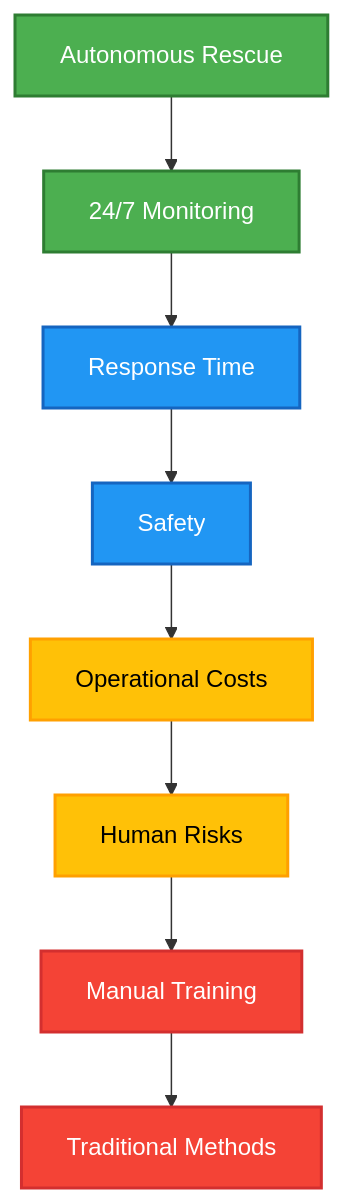
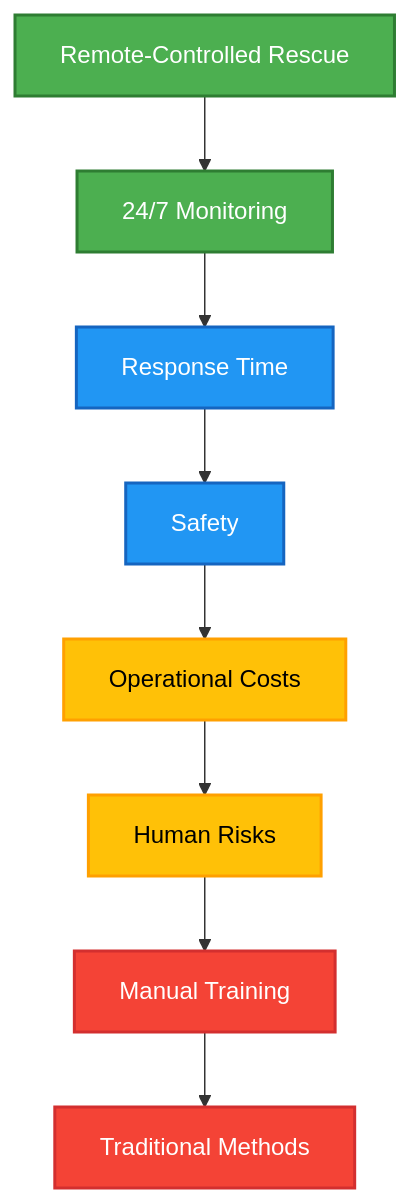
The first of 10 diagrams in Module_1_PR/Public_Report_Modulo2.md (Inteli-College/2025-1A-T02-G54-PUBLICO), drawn with Mermaid before and after one commit. The commit also changed other lines of this file, not shown here.

Commit message:
Enhance Public_Report_Modulo2.md with updated executive summary, improved documentation, and refined diagrams. Key changes include a focus on remote-controlled rescue features, expanded MVP documentation, and a clearer presentation of risk matrix and business model elements.

````diff
--- a/Module_1_PR/Public_Report_Modulo2.md
+++ b/Module_1_PR/Public_Report_Modulo2.md
@@ -20,25 +22,25 @@
 ```mermaid
 graph TD
     classDef create fill:#4CAF50,stroke:#2E7D32,stroke-width:2px,color:white;
     classDef increase fill:#2196F3,stroke:#1565C0,stroke-width:2px,color:white;
     classDef reduce fill:#FFC107,stroke:#FFA000,stroke-width:2px,color:black;
     classDef eliminate fill:#F44336,stroke:#D32F2F,stroke-width:2px,color:white;
     
-    C1[Autonomous Rescue]:::create
+    C1[Remote-Controlled Rescue]:::create
     C2[24/7 Monitoring]:::create
     I1[Response Time]:::increase
     I2[Safety]:::increase
     R1[Operational Costs]:::reduce
     R2[Human Risks]:::reduce
     E1[Manual Training]:::eliminate
     E2[Traditional Methods]:::eliminate
     
     C1 --> C2
     I1 --> I2
     R1 --> R2
     E1 --> E2
     
     C2 --> I1
     I2 --> R1
     R2 --> E1
 ```
````
